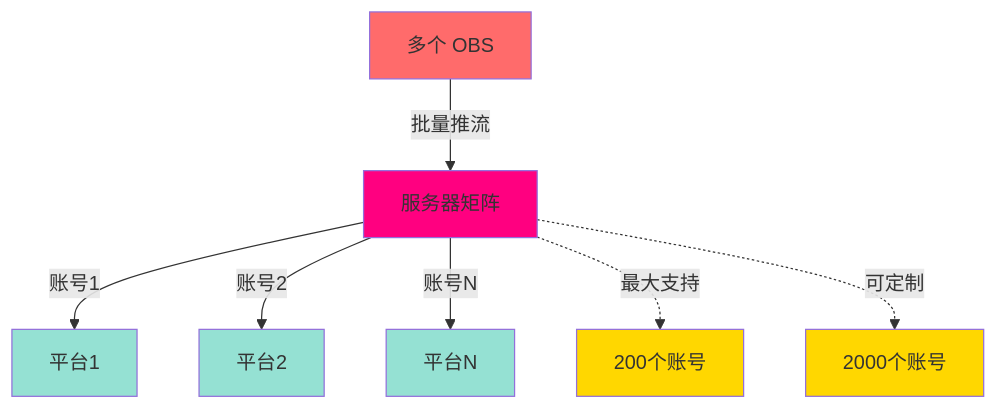
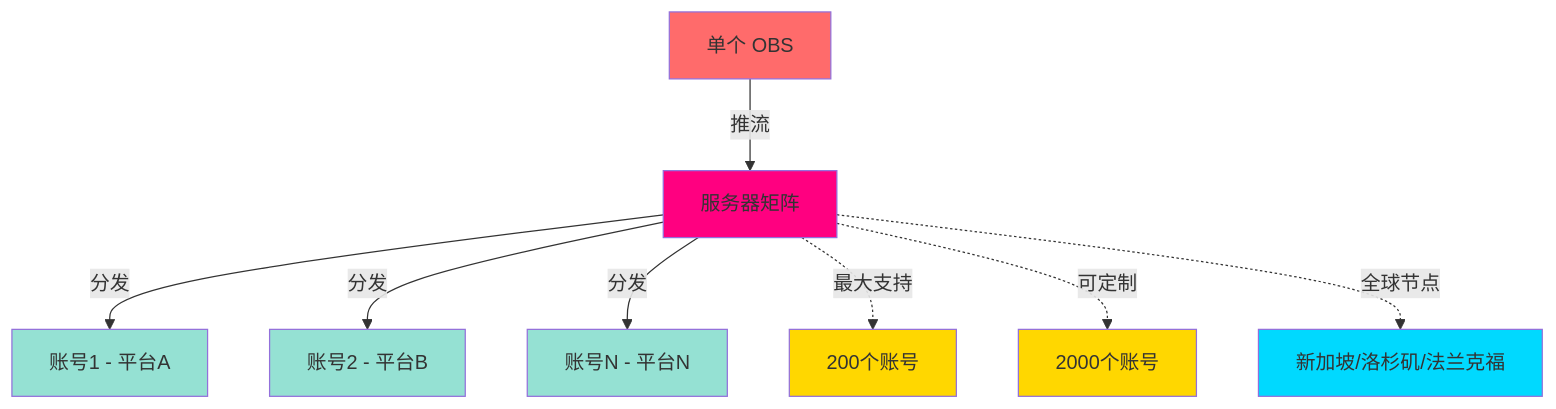
The third of 3 diagrams in README.md (biefan/kazerelay), drawn with Mermaid before and after one commit. The commit also changed other lines of this file, not shown here.

````diff
--- a/README.md
+++ b/README.md
@@ -300,16 +361,18 @@
 ```mermaid
 graph TB
-    A[多个 OBS] -->|批量推流| B[服务器矩阵]
-    B -->|账号1| C1[平台1]
-    B -->|账号2| C2[平台2]
-    B -->|账号N| C3[平台N]
+    A[单个 OBS] -->|推流| B[服务器矩阵]
+    B -->|分发| C1[账号1 - 平台A]
+    B -->|分发| C2[账号2 - 平台B]
+    B -->|分发| C3[账号N - 平台N]
     B -.->|最大支持| D[200个账号]
     B -.->|可定制| E[2000个账号]
+    B -.->|全球节点| F[新加坡/洛杉矶/法兰克福]
     style A fill:#FF6B6B
     style B fill:#FF0080
     style C1 fill:#95E1D3
     style C2 fill:#95E1D3
     style C3 fill:#95E1D3
     style D fill:#FFD700
     style E fill:#FFD700
+    style F fill:#00D9FF
 ```
````
